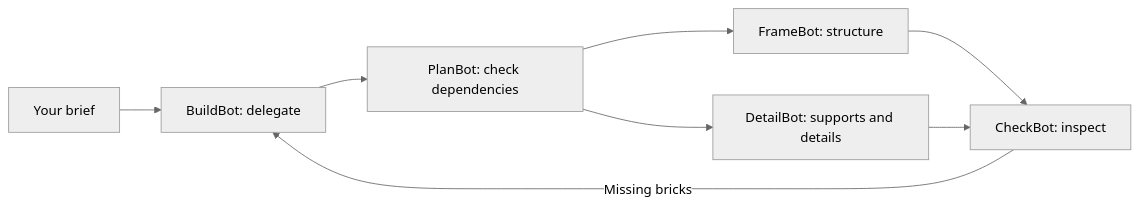
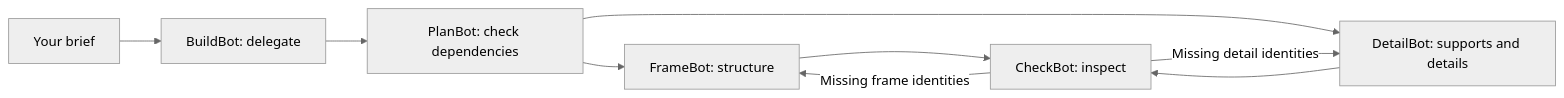
Before and after one commit to ribumann/lego-builder-agents: the diagram in docs/student-guide.md, drawn with Mermaid (neutral theme). The commit also changed other lines of this file and 5 other files, not shown here.

````diff
--- a/docs/student-guide.md
+++ b/docs/student-guide.md
@@ -32,10 +46,11 @@
 ```mermaid
 flowchart LR
   Goal["Your brief"] --> Plan["BuildBot: delegate"]
   Plan --> Verify["PlanBot: check dependencies"]
   Verify --> Frame["FrameBot: structure"]
   Verify --> Detail["DetailBot: supports and details"]
   Frame --> Check["CheckBot: inspect"]
   Detail --> Check
-  Check -->|Missing bricks| Plan
+  Check -->|Missing frame identities| Frame
+  Check -->|Missing detail identities| Detail
 ```
````
